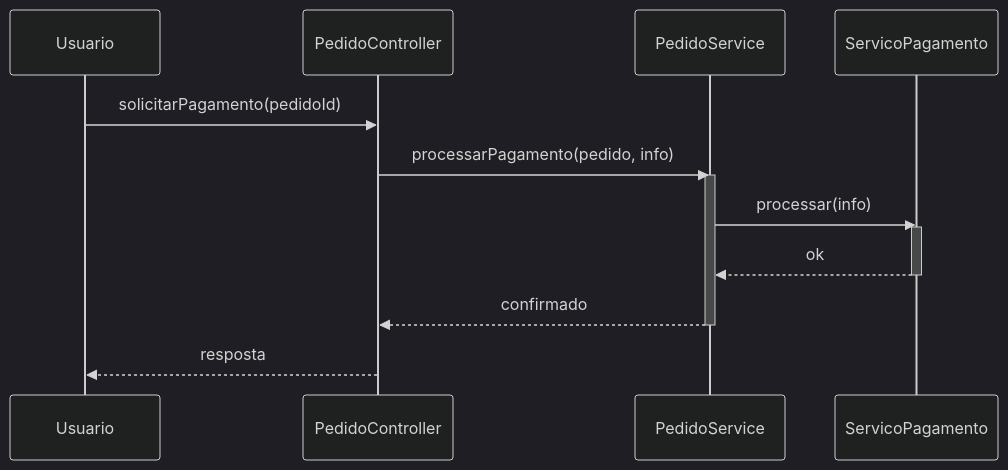
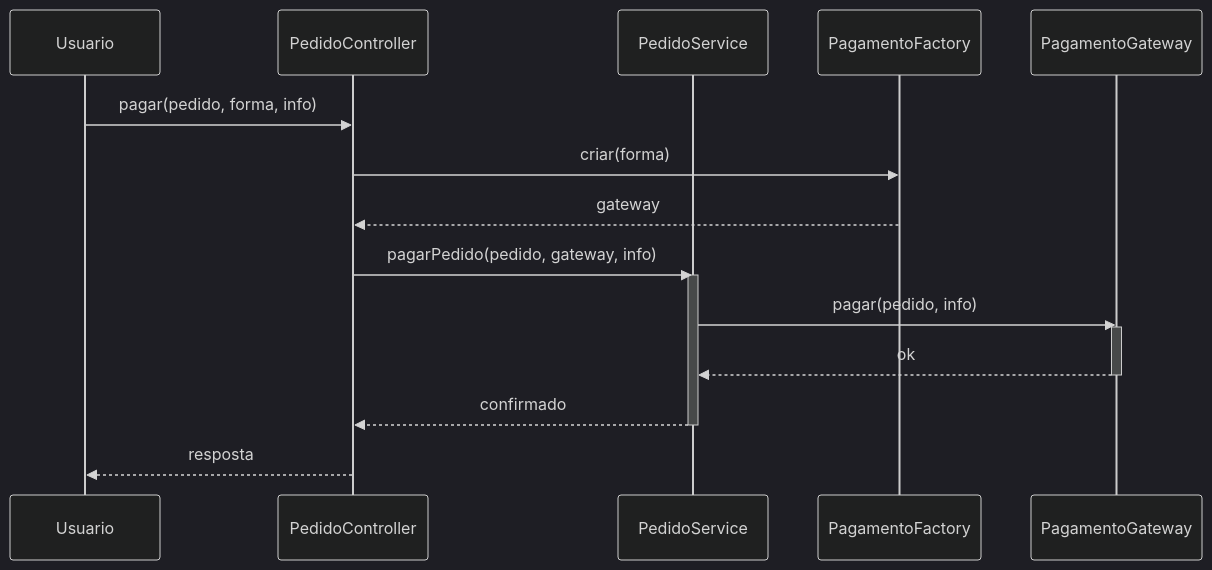
The second of 2 diagrams in apostilas-grasp/protected-variations.md (ProfBezerra/T200-ProjArqSist), drawn with Mermaid (dark theme) before and after one commit. The commit also changed other lines of this file and 14 other files, not shown here.

````diff
--- a/apostilas-grasp/protected-variations.md
+++ b/apostilas-grasp/protected-variations.md
@@ -102,18 +107,21 @@
 ```mermaid
 sequenceDiagram
-	participant Usuario
-	participant PedidoController
-	participant PedidoService
-	participant ServicoPagamento
+  participant Usuario
+  participant PedidoController
+  participant PedidoService
+  participant PagamentoFactory
+  participant PagamentoGateway
 
-	Usuario->>PedidoController: solicitarPagamento(pedidoId)
-	PedidoController->>PedidoService: processarPagamento(pedido, info)
-	activate PedidoService
-	PedidoService->>ServicoPagamento: processar(info)
-	activate ServicoPagamento
-	ServicoPagamento-->>PedidoService: ok
-	deactivate ServicoPagamento
-	PedidoService-->>PedidoController: confirmado
-	deactivate PedidoService
-	PedidoController-->>Usuario: resposta
+  Usuario->>PedidoController: pagar(pedido, forma, info)
+  PedidoController->>PagamentoFactory: criar(forma)
+  PagamentoFactory-->>PedidoController: gateway
+  PedidoController->>PedidoService: pagarPedido(pedido, gateway, info)
+  activate PedidoService
+  PedidoService->>PagamentoGateway: pagar(pedido, info)
+  activate PagamentoGateway
+  PagamentoGateway-->>PedidoService: ok
+  deactivate PagamentoGateway
+  PedidoService-->>PedidoController: confirmado
+  deactivate PedidoService
+  PedidoController-->>Usuario: resposta
 ```
````
